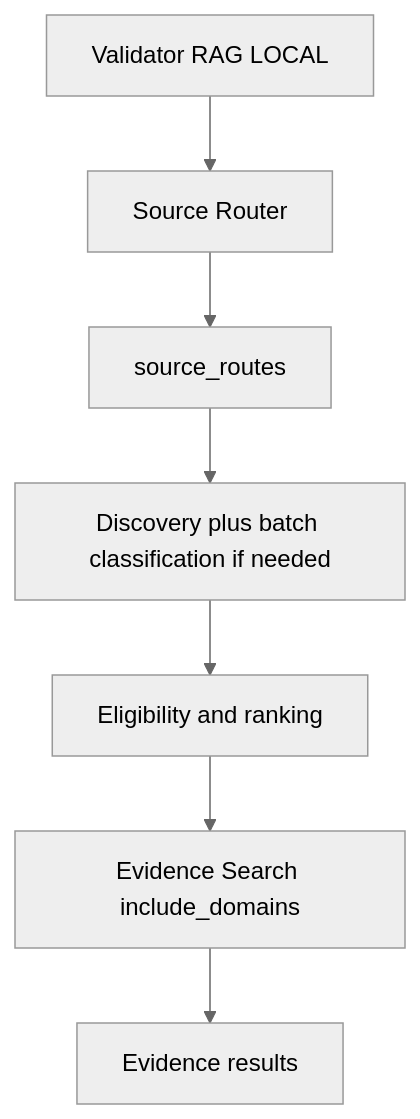
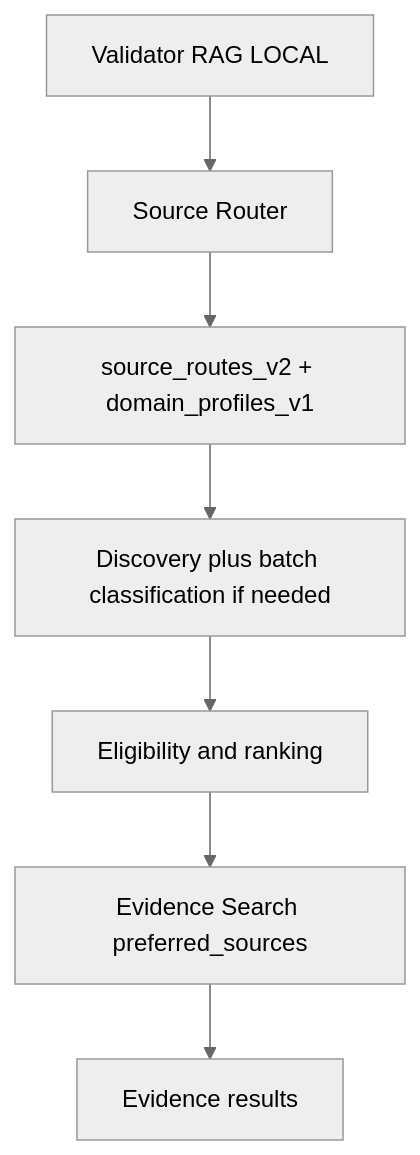
The sixth of 8 diagrams in docs/architecture/TrustNews_detailed.md (cforcadell/trust-news), drawn with Mermaid (neutral theme) before and after one commit. The commit also changed other lines of this file and 61 other files, not shown here.

````diff
--- a/docs/architecture/TrustNews_detailed.md
+++ b/docs/architecture/TrustNews_detailed.md
@@ -551,9 +529,9 @@
 ```mermaid
 flowchart TD
     A[Validator RAG LOCAL] --> B[Source Router]
-    B --> C[source_routes]
+    B --> C[source_routes_v2 + domain_profiles_v1]
     C --> D[Discovery plus batch classification if needed]
     D --> E[Eligibility and ranking]
-    E --> F[Evidence Search include_domains]
+    E --> F[Evidence Search preferred_sources]
     F --> G[Evidence results]
 ```
````
